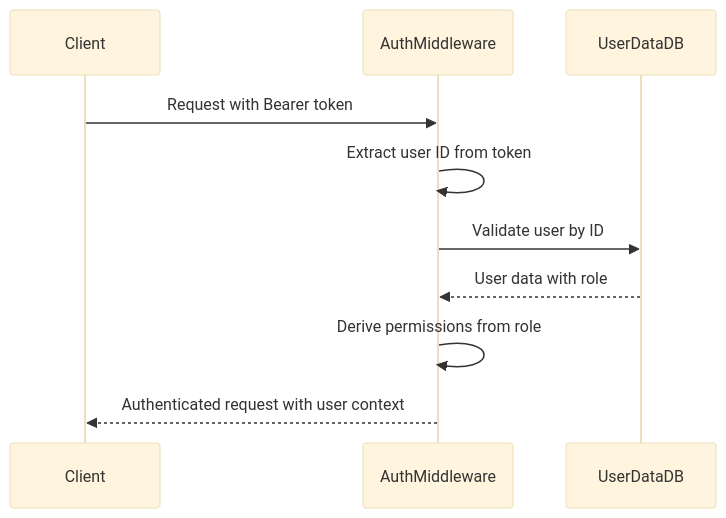
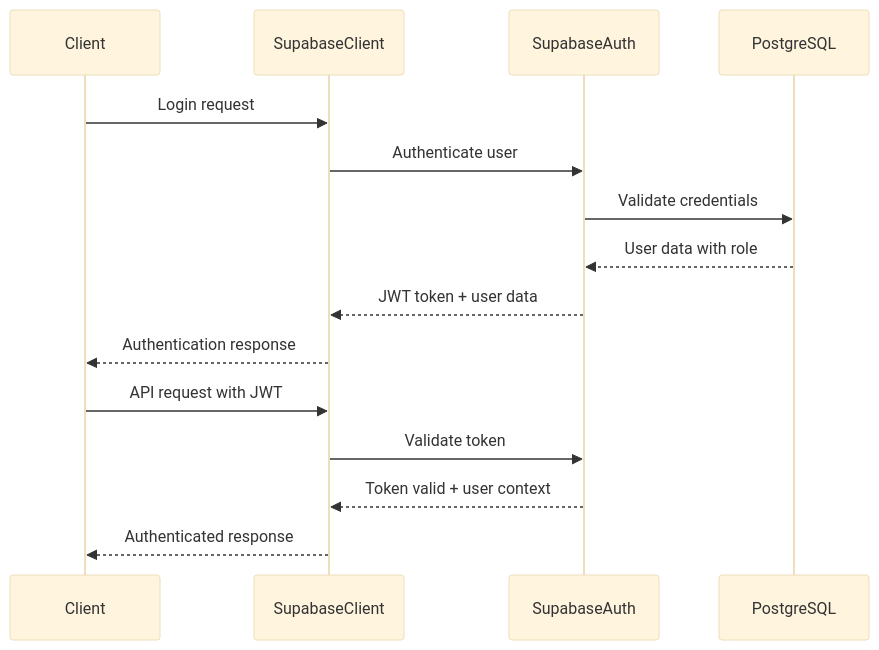
Before and after one commit to printo/RiderPro: the second of 2 diagrams in docs/system-architecture.md, drawn with Mermaid (base theme). The commit also changed other lines of this file and 7 other files, not shown here.

````diff
--- a/docs/system-architecture.md
+++ b/docs/system-architecture.md
@@ -199,13 +204,19 @@
 ```mermaid
 sequenceDiagram
     participant Client
-    participant AuthMiddleware
-    participant UserDataDB
+    participant SupabaseClient
+    participant SupabaseAuth
+    participant PostgreSQL
     
-    Client->>AuthMiddleware: Request with Bearer token
-    AuthMiddleware->>AuthMiddleware: Extract user ID from token
-    AuthMiddleware->>UserDataDB: Validate user by ID
-    UserDataDB-->>AuthMiddleware: User data with role
-    AuthMiddleware->>AuthMiddleware: Derive permissions from role
-    AuthMiddleware-->>Client: Authenticated request with user context
+    Client->>SupabaseClient: Login request
+    SupabaseClient->>SupabaseAuth: Authenticate user
+    SupabaseAuth->>PostgreSQL: Validate credentials
+    PostgreSQL-->>SupabaseAuth: User data with role
+    SupabaseAuth-->>SupabaseClient: JWT token + user data
+    SupabaseClient-->>Client: Authentication response
+    
+    Client->>SupabaseClient: API request with JWT
+    SupabaseClient->>SupabaseAuth: Validate token
+    SupabaseAuth-->>SupabaseClient: Token valid + user context
+    SupabaseClient-->>Client: Authenticated response
 ```
````
